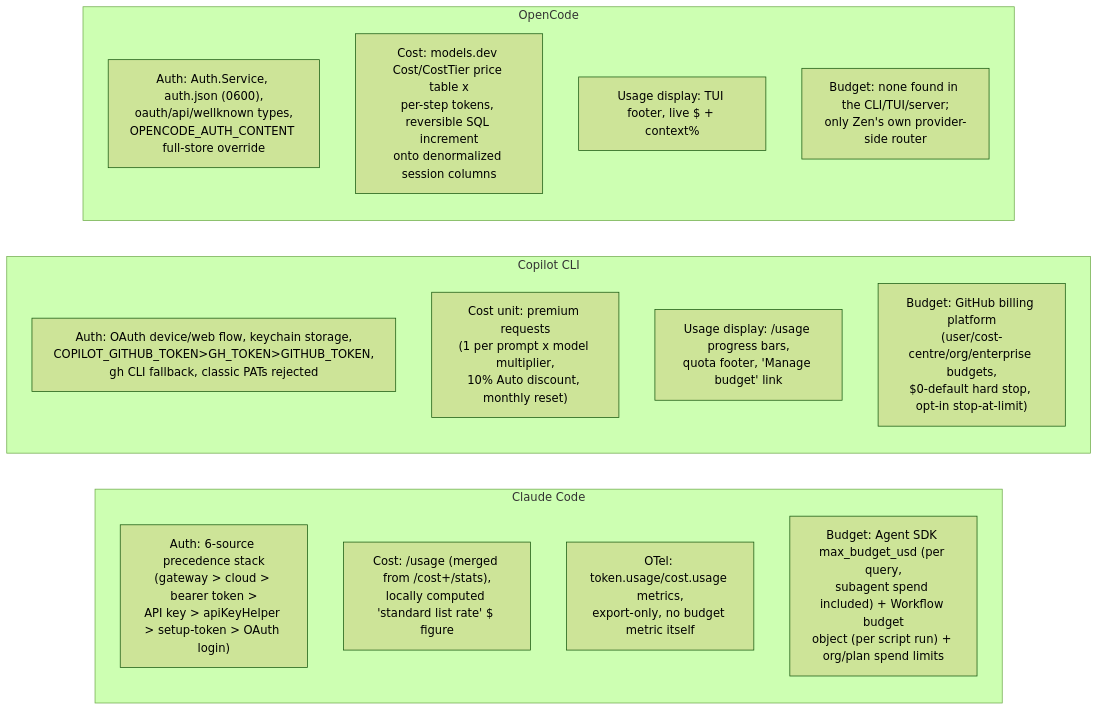
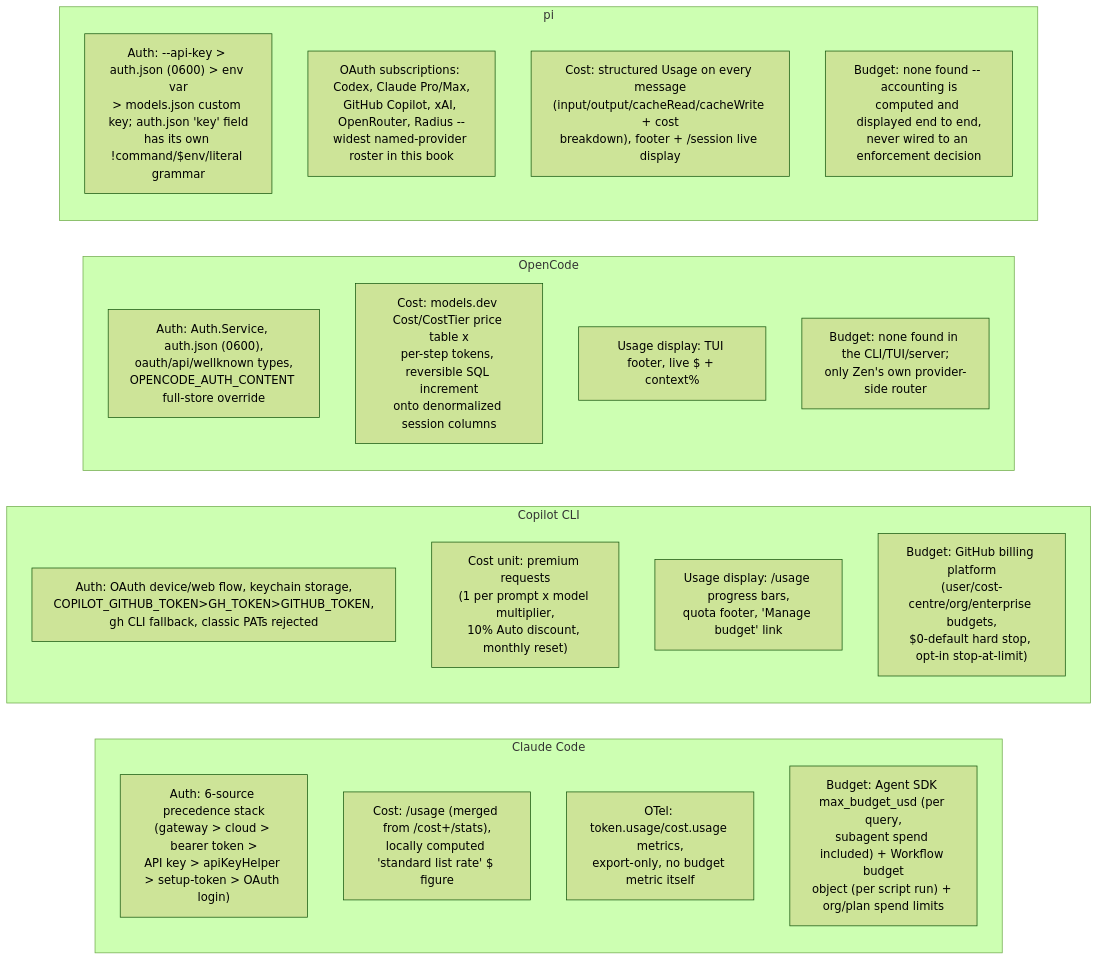
The fourth of 4 diagrams in references/harnesses/auth-and-usage-accounting.md (sfernandezplain/AIrchon), drawn with Mermaid (forest theme) before and after one commit. The commit also changed other lines of this file and 10 other files, not shown here.

````diff
--- a/references/harnesses/auth-and-usage-accounting.md
+++ b/references/harnesses/auth-and-usage-accounting.md
@@ -749,24 +859,31 @@
 ```mermaid
 flowchart LR
     subgraph CC["Claude Code"]
         direction TB
         CC1["Auth: 6-source precedence stack\n(gateway > cloud > bearer token >\nAPI key > apiKeyHelper > setup-token > OAuth login)"]
         CC2["Cost: /usage (merged from /cost+/stats),\nlocally computed 'standard list rate' $ figure"]
         CC3["OTel: token.usage/cost.usage metrics,\nexport-only, no budget metric itself"]
         CC4["Budget: Agent SDK max_budget_usd (per query,\nsubagent spend included) + Workflow budget\nobject (per script run) + org/plan spend limits"]
     end
     subgraph CP["Copilot CLI"]
         direction TB
         CP1["Auth: OAuth device/web flow, keychain storage,\nCOPILOT_GITHUB_TOKEN>GH_TOKEN>GITHUB_TOKEN,\ngh CLI fallback, classic PATs rejected"]
         CP2["Cost unit: premium requests\n(1 per prompt x model multiplier,\n10% Auto discount, monthly reset)"]
         CP3["Usage display: /usage progress bars,\nquota footer, 'Manage budget' link"]
         CP4["Budget: GitHub billing platform\n(user/cost-centre/org/enterprise budgets,\n$0-default hard stop, opt-in stop-at-limit)"]
     end
     subgraph OC["OpenCode"]
         direction TB
         OC1["Auth: Auth.Service, auth.json (0600),\noauth/api/wellknown types,\nOPENCODE_AUTH_CONTENT full-store override"]
         OC2["Cost: models.dev Cost/CostTier price table x\nper-step tokens, reversible SQL increment\nonto denormalized session columns"]
         OC3["Usage display: TUI footer, live $ + context%"]
         OC4["Budget: none found in the CLI/TUI/server;\nonly Zen's own provider-side router"]
     end
+    subgraph PI["pi"]
+        direction TB
+        PI1["Auth: --api-key > auth.json (0600) > env var\n> models.json custom key; auth.json 'key' field\nhas its own !command/$env/literal grammar"]
+        PI2["OAuth subscriptions: Codex, Claude Pro/Max,\nGitHub Copilot, xAI, OpenRouter, Radius --\nwidest named-provider roster in this book"]
+        PI3["Cost: structured Usage on every message\n(input/output/cacheRead/cacheWrite + cost\nbreakdown), footer + /session live display"]
+        PI4["Budget: none found -- accounting is\ncomputed and displayed end to end,\nnever wired to an enforcement decision"]
+    end
 ```
````
